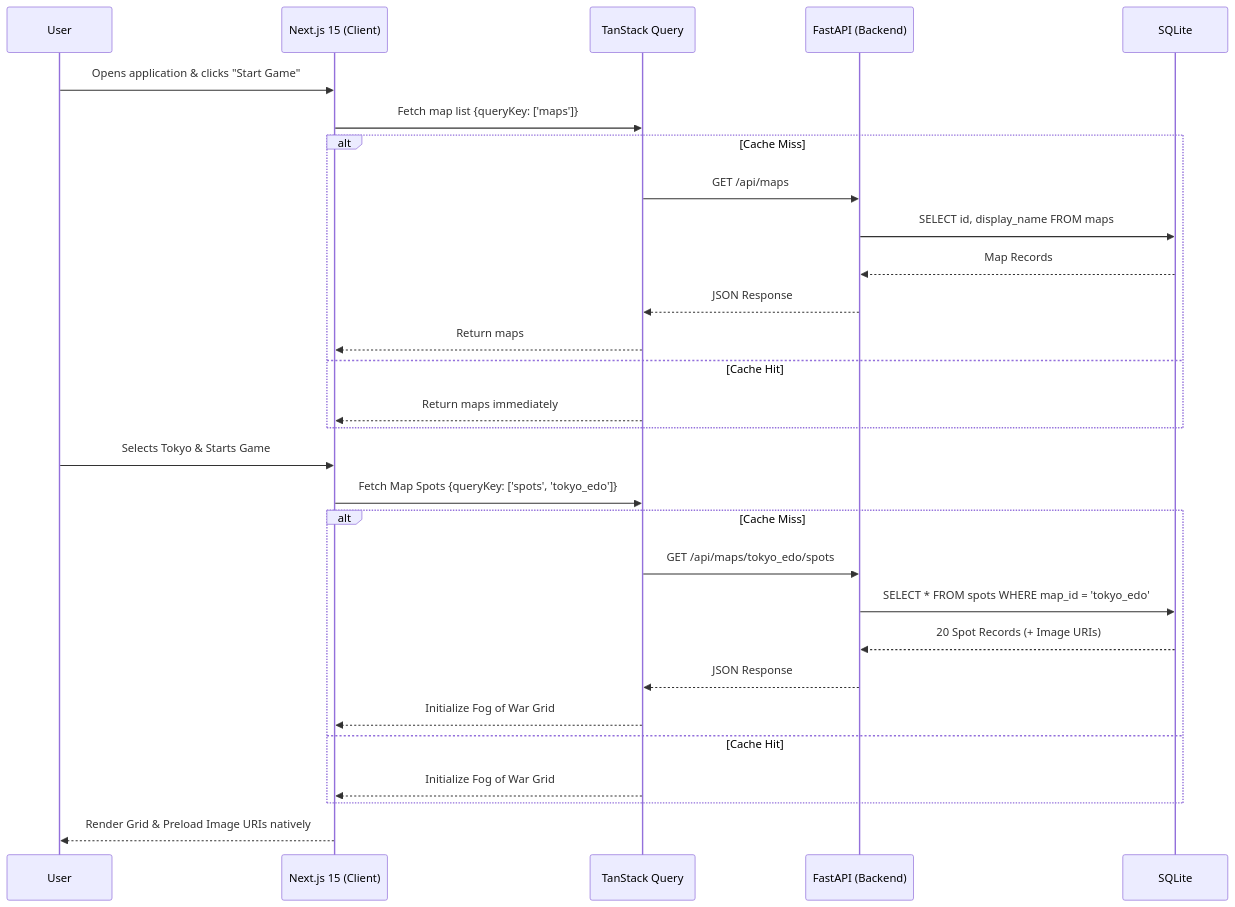
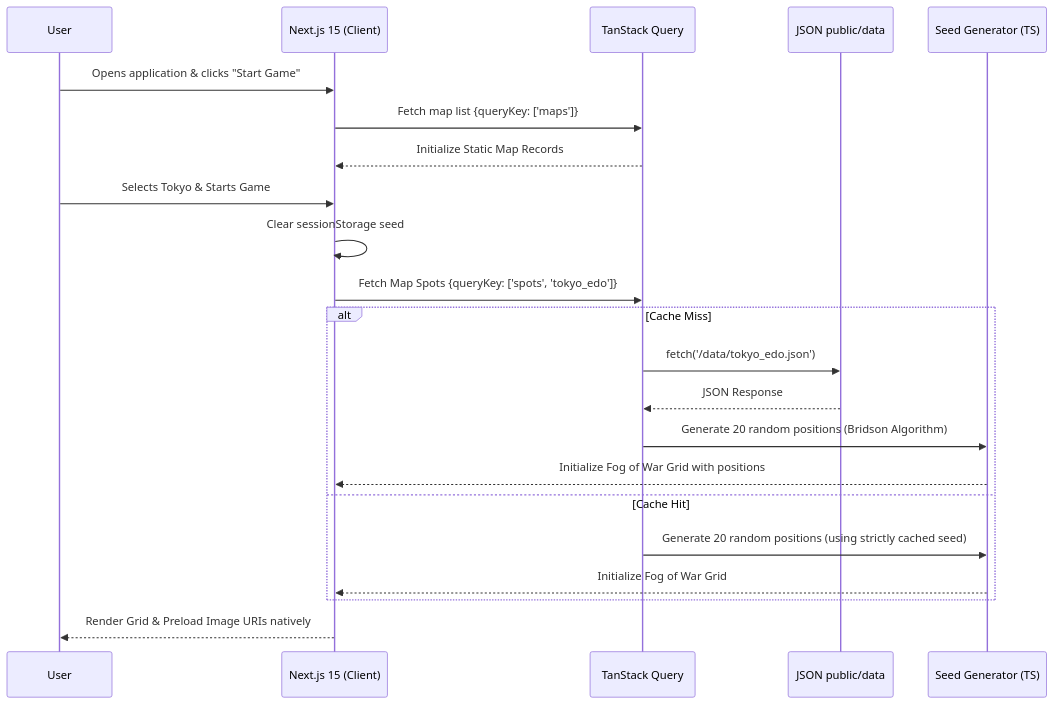
Before and after one commit to k-arka/shogun_scout_game: the diagram in docs/architecture_plan.md, drawn with Mermaid. The commit also changed other lines of this file and 15 other files, not shown here.

````diff
--- a/docs/architecture_plan.md
+++ b/docs/architecture_plan.md
@@ -59,36 +49,28 @@
 ```mermaid
 sequenceDiagram
     participant User
     participant App as Next.js 15 (Client)
     participant Cache as TanStack Query
-    participant API as FastAPI (Backend)
-    participant DB as SQLite
+    participant Static as JSON public/data
+    participant Generator as Seed Generator (TS)
 
     User->>App: Opens application & clicks "Start Game"
     App->>Cache: Fetch map list {queryKey: ['maps']}
-    
-    alt Cache Miss
-        Cache->>API: GET /api/maps
-        API->>DB: SELECT id, display_name FROM maps
-        DB-->>API: Map Records
-        API-->>Cache: JSON Response
-        Cache-->>App: Return maps
-    else Cache Hit
-        Cache-->>App: Return maps immediately
-    end
+    Cache-->>App: Initialize Static Map Records
 
     User->>App: Selects Tokyo & Starts Game
+    App->>App: Clear sessionStorage seed 
     App->>Cache: Fetch Map Spots {queryKey: ['spots', 'tokyo_edo']}
     
     alt Cache Miss
-        Cache->>API: GET /api/maps/tokyo_edo/spots
-        API->>DB: SELECT * FROM spots WHERE map_id = 'tokyo_edo'
-        DB-->>API: 20 Spot Records (+ Image URIs)
-        API-->>Cache: JSON Response
-        Cache-->>App: Initialize Fog of War Grid
+        Cache->>Static: fetch('/data/tokyo_edo.json')
+        Static-->>Cache: JSON Response
+        Cache->>Generator: Generate 20 random positions (Bridson Algorithm)
+        Generator-->>App: Initialize Fog of War Grid with positions
     else Cache Hit
-        Cache-->>App: Initialize Fog of War Grid
+        Cache->>Generator: Generate 20 random positions (using strictly cached seed)
+        Generator-->>App: Initialize Fog of War Grid
     end
 
     App-->>User: Render Grid & Preload Image URIs natively
 ```
````
